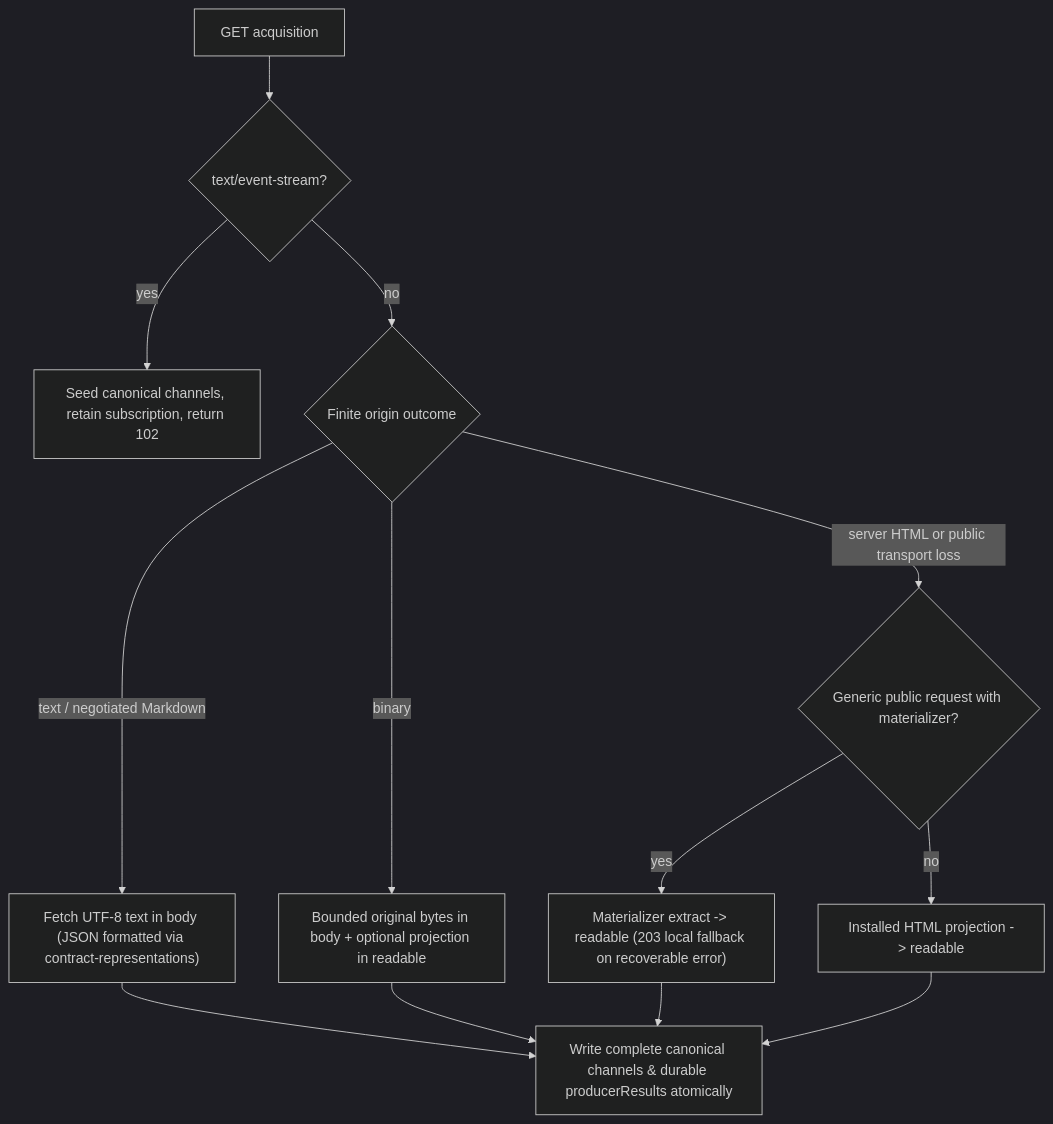
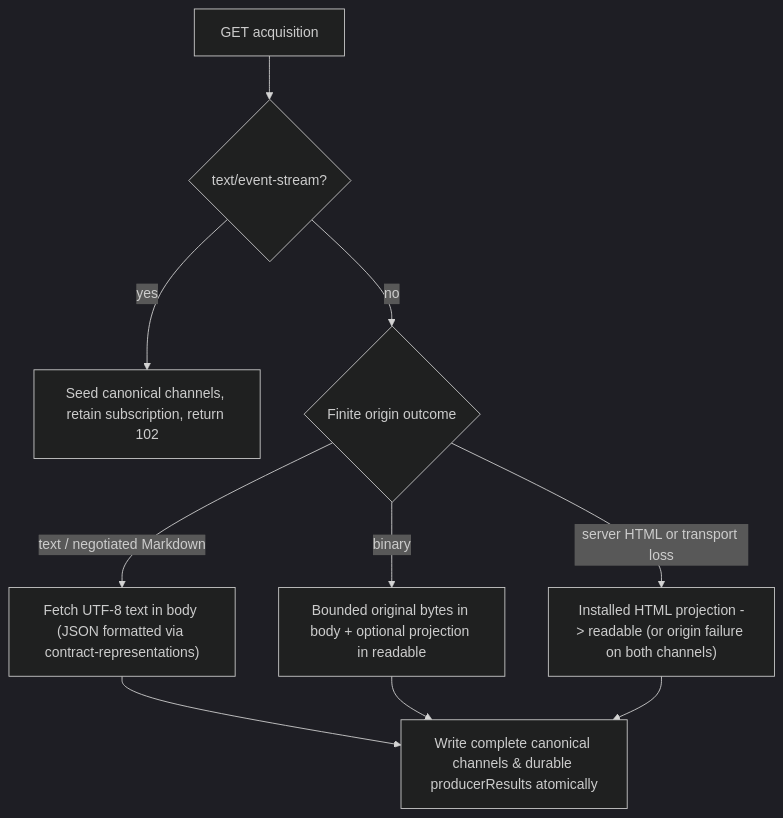
The first of 2 diagrams in plurnk-schemes-http/SPEC.md (plurnk/plurnk-service), drawn with Mermaid (dark theme) before and after one commit. The commit also changed other lines of this file and 16 other files, not shown here.

````diff
--- a/plurnk-schemes-http/SPEC.md
+++ b/plurnk-schemes-http/SPEC.md
@@ -31,12 +31,10 @@
 ```mermaid
 flowchart TD
     get["GET acquisition"] --> live{"text/event-stream?"}
     live -->|yes| sse["Seed canonical channels, retain subscription, return 102"]
     live -->|no| origin{"Finite origin outcome"}
     origin -->|text / negotiated Markdown| text["Fetch UTF-8 text in body (JSON formatted via contract-representations)"]
     origin -->|binary| bin["Bounded original bytes in body + optional projection in readable"]
-    origin -->|server HTML or public transport loss| html{"Generic public request with materializer?"}
-    html -->|yes| mat["Materializer extract -> readable (203 local fallback on recoverable error)"]
-    html -->|no| local["Installed HTML projection -> readable"]
-    text & bin & mat & local --> settle["Write complete canonical channels & durable producerResults atomically"]
+    origin -->|server HTML or transport loss| local["Installed HTML projection -> readable (or origin failure on both channels)"]
+    text & bin & local --> settle["Write complete canonical channels & durable producerResults atomically"]
 ```
````
